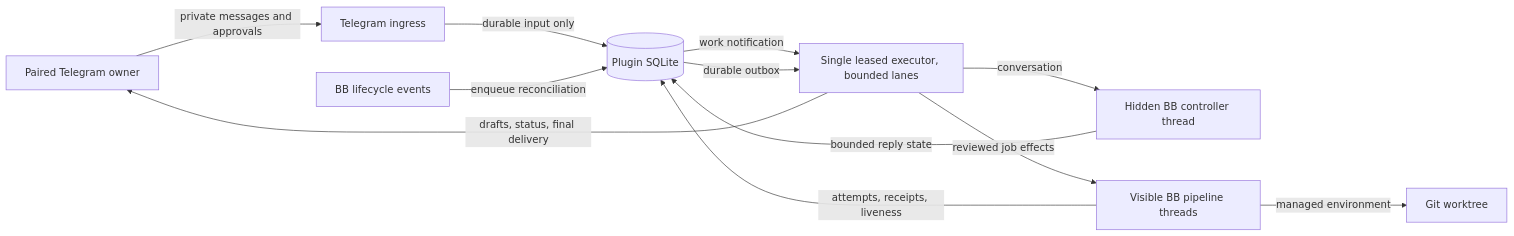
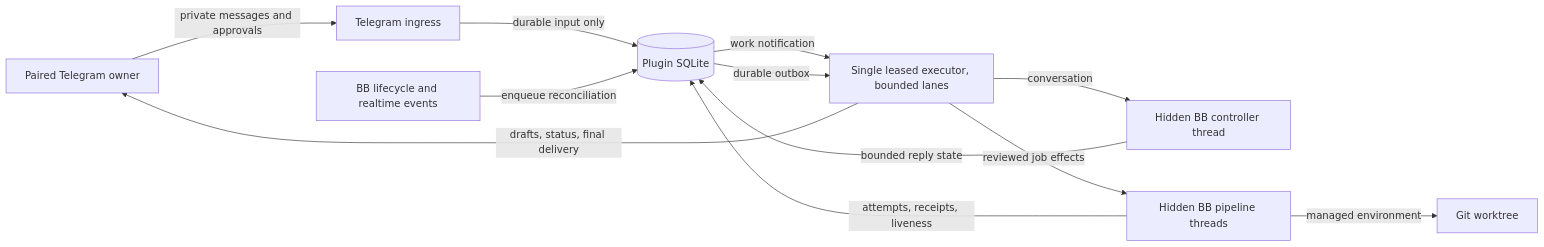
Before and after one commit to amrtawfik160/hanoon: the first of 3 diagrams in docs/architecture.md, drawn with Mermaid. The commit also changed other lines of this file and 189 other files, not shown here.

````diff
--- a/docs/architecture.md
+++ b/docs/architecture.md
@@ -17,14 +17,14 @@
 ```mermaid
 flowchart LR
     Owner[Paired Telegram owner] -->|private messages and approvals| Ingress[Telegram ingress]
     Ingress -->|durable input only| State[(Plugin SQLite)]
-    Events[BB lifecycle events] -->|enqueue reconciliation| State
+    Events[BB lifecycle and realtime events] -->|enqueue reconciliation| State
     State -->|work notification| Executor[Single leased executor, bounded lanes]
     Executor -->|conversation| Controller[Hidden BB controller thread]
-    Executor -->|reviewed job effects| Pipeline[Visible BB pipeline threads]
+    Executor -->|reviewed job effects| Pipeline[Hidden BB pipeline threads]
     Pipeline -->|managed environment| Worktree[Git worktree]
     Controller -->|bounded reply state| State
     Pipeline -->|attempts, receipts, liveness| State
     State -->|durable outbox| Executor
     Executor -->|drafts, status, final delivery| Owner
 ```
````
